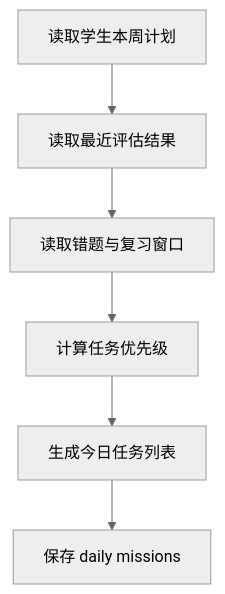
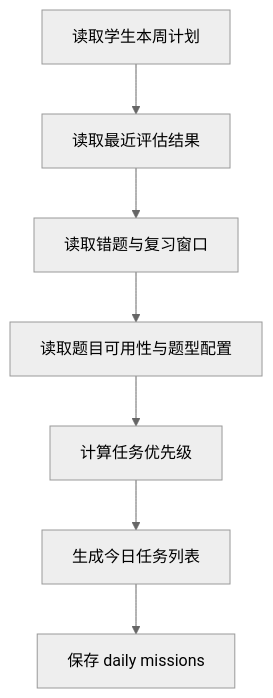
The first of 2 diagrams in doc/module-design/04-训练计划与正反馈模块.md (angelash/StudyAgent), drawn with Mermaid (neutral theme) before and after one commit. The commit also changed other lines of this file and 8 other files, not shown here.

````diff
--- a/doc/module-design/04-训练计划与正反馈模块.md
+++ b/doc/module-design/04-训练计划与正反馈模块.md
@@ -128,8 +128,9 @@
 ```mermaid
 flowchart TD
     A[读取学生本周计划] --> B[读取最近评估结果]
     B --> C[读取错题与复习窗口]
-    C --> D[计算任务优先级]
-    D --> E[生成今日任务列表]
-    E --> F[保存 daily missions]
+    C --> D[读取题目可用性与题型配置]
+    D --> E[计算任务优先级]
+    E --> F[生成今日任务列表]
+    F --> G[保存 daily missions]
 ```
````
